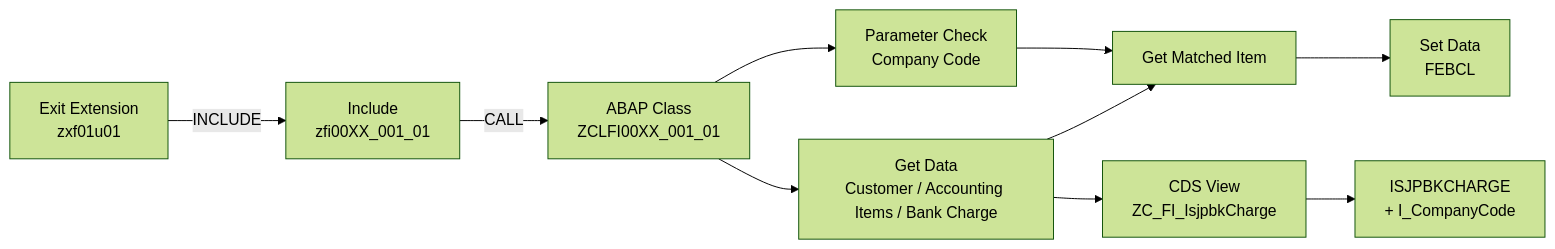
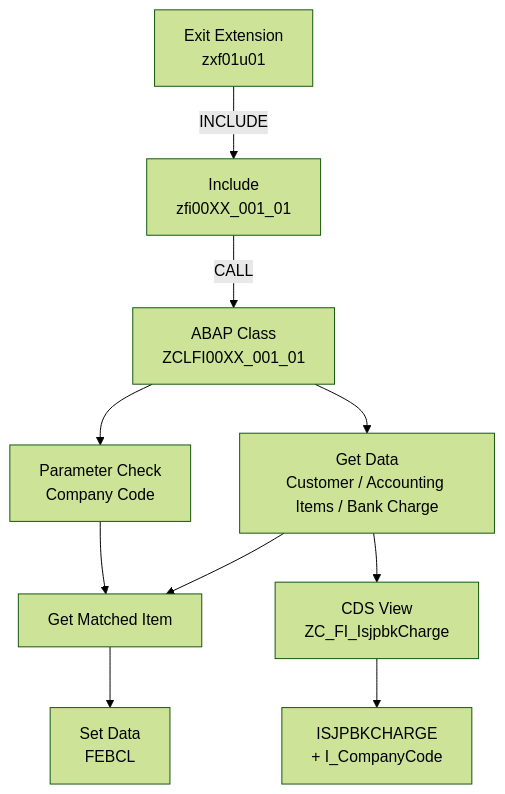
The first of 2 diagrams in sap/abap/Classical/demo3/README.md (blackif/demo), drawn with Mermaid (forest theme) before and after one commit. The commit also changed other lines of this file, not shown here.

Commit message:
docs: change demo3 diagrams to top-down flow

````diff
--- a/sap/abap/Classical/demo3/README.md
+++ b/sap/abap/Classical/demo3/README.md
@@ -43,12 +43,12 @@
 ```mermaid
-flowchart LR
-    A[Exit Extension<br/>zxf01u01] -->|INCLUDE| B[Include<br/>zfi00XX_001_01]
-    B -->|CALL| C[ABAP Class<br/>ZCLFI00XX_001_01]
-    C --> D[Parameter Check<br/>Company Code]
-    C --> E[Get Data<br/>Customer / Accounting Items / Bank Charge]
-    D --> F[Get Matched Item]
+flowchart TD
+    A["Exit Extension<br/>zxf01u01"] -->|INCLUDE| B["Include<br/>zfi00XX_001_01"]
+    B -->|CALL| C["ABAP Class<br/>ZCLFI00XX_001_01"]
+    C --> D["Parameter Check<br/>Company Code"]
+    C --> E["Get Data<br/>Customer / Accounting Items / Bank Charge"]
+    D --> F["Get Matched Item"]
     E --> F
-    F --> G[Set Data<br/>FEBCL]
-    E --> H[CDS View<br/>ZC_FI_IsjpbkCharge]
-    H --> I[ISJPBKCHARGE<br/>+ I_CompanyCode]
+    F --> G["Set Data<br/>FEBCL"]
+    E --> H["CDS View<br/>ZC_FI_IsjpbkCharge"]
+    H --> I["ISJPBKCHARGE<br/>+ I_CompanyCode"]
 ```
````
